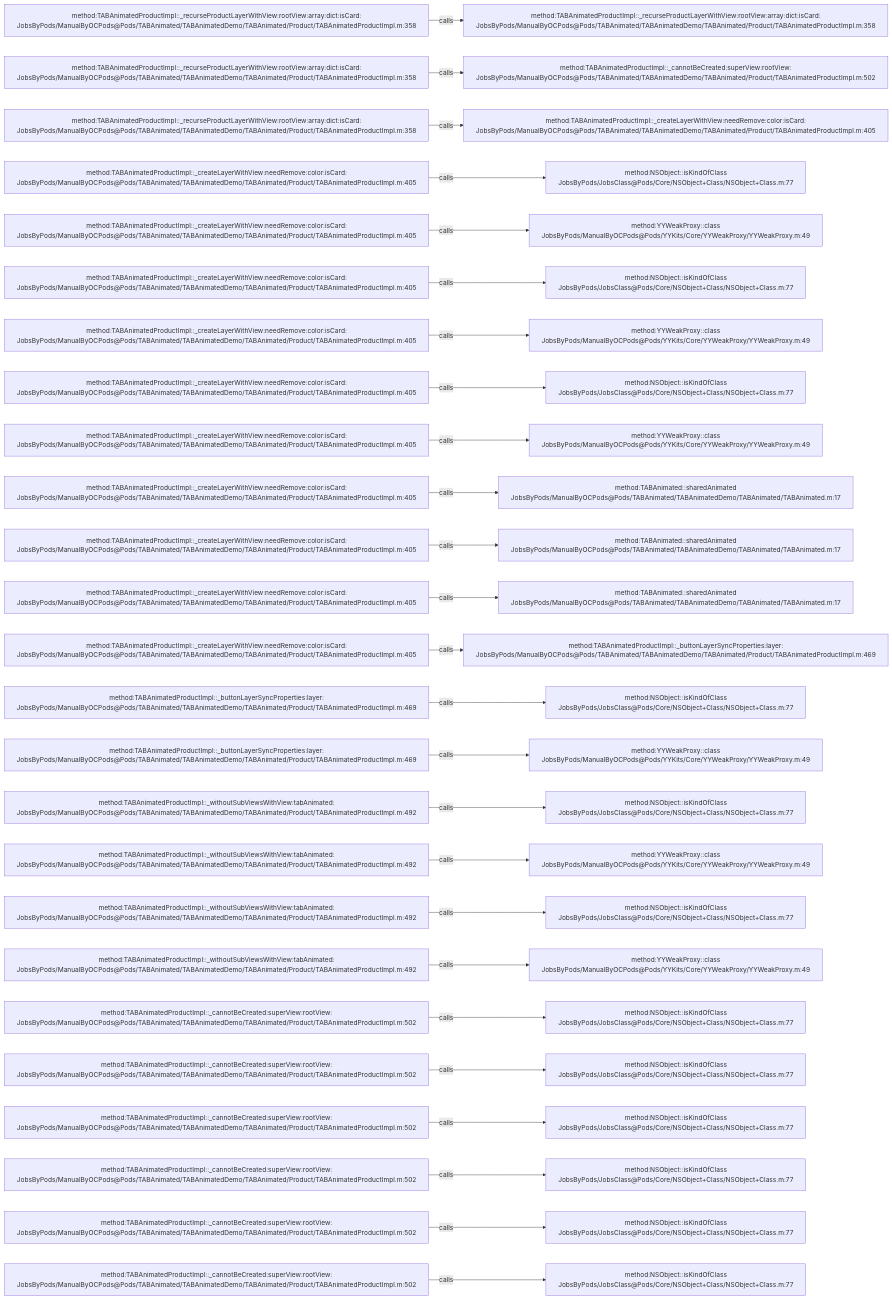
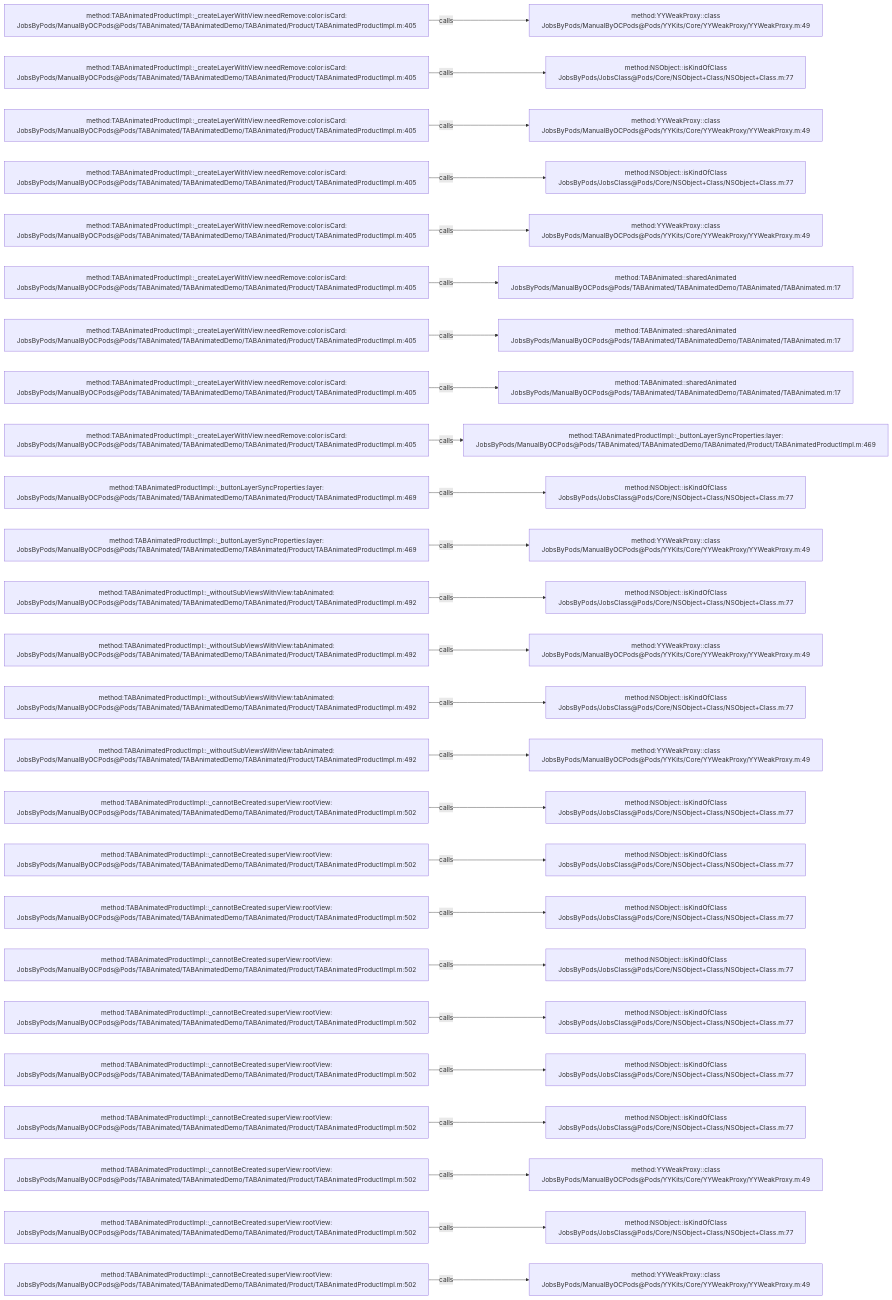
The diagram in .codegraph/codegraph.md/graphs/calls-034.md (JobsKits/JobsOCBaseConfigDemo), drawn with Mermaid before and after one commit. The commit also changed 727 other files, not shown here.

````diff
--- a/.codegraph/codegraph.md/graphs/calls-034.md
+++ b/.codegraph/codegraph.md/graphs/calls-034.md
@@ -13,78 +13,78 @@
 ```mermaid
 flowchart LR
-  S1["method:TABAnimatedProductImpl::_recurseProductLayerWithView:rootView:array:dict:isCard:<br/>JobsByPods/ManualByOCPods@Pods/TABAnimated/TABAnimatedDemo/TABAnimated/Product/TABAnimatedProductImpl.m:358"]
-  T1["method:TABAnimatedProductImpl::_recurseProductLayerWithView:rootView:array:dict:isCard:<br/>JobsByPods/ManualByOCPods@Pods/TABAnimated/TABAnimatedDemo/TABAnimated/Product/TABAnimatedProductImpl.m:358"]
+  S1["method:TABAnimatedProductImpl::_createLayerWithView:needRemove:color:isCard:<br/>JobsByPods/ManualByOCPods@Pods/TABAnimated/TABAnimatedDemo/TABAnimated/Product/TABAnimatedProductImpl.m:405"]
+  T1["method:YYWeakProxy::class<br/>JobsByPods/ManualByOCPods@Pods/YYKits/Core/YYWeakProxy/YYWeakProxy.m:49"]
   S1 -->|calls| T1
-  S2["method:TABAnimatedProductImpl::_recurseProductLayerWithView:rootView:array:dict:isCard:<br/>JobsByPods/ManualByOCPods@Pods/TABAnimated/TABAnimatedDemo/TABAnimated/Product/TABAnimatedProductImpl.m:358"]
-  T2["method:TABAnimatedProductImpl::_cannotBeCreated:superView:rootView:<br/>JobsByPods/ManualByOCPods@Pods/TABAnimated/TABAnimatedDemo/TABAnimated/Product/TABAnimatedProductImpl.m:502"]
+  S2["method:TABAnimatedProductImpl::_createLayerWithView:needRemove:color:isCard:<br/>JobsByPods/ManualByOCPods@Pods/TABAnimated/TABAnimatedDemo/TABAnimated/Product/TABAnimatedProductImpl.m:405"]
+  T2["method:NSObject::isKindOfClass<br/>JobsByPods/JobsClass@Pods/Core/NSObject+Class/NSObject+Class.m:77"]
   S2 -->|calls| T2
-  S3["method:TABAnimatedProductImpl::_recurseProductLayerWithView:rootView:array:dict:isCard:<br/>JobsByPods/ManualByOCPods@Pods/TABAnimated/TABAnimatedDemo/TABAnimated/Product/TABAnimatedProductImpl.m:358"]
-  T3["method:TABAnimatedProductImpl::_createLayerWithView:needRemove:color:isCard:<br/>JobsByPods/ManualByOCPods@Pods/TABAnimated/TABAnimatedDemo/TABAnimated/Product/TABAnimatedProductImpl.m:405"]
+  S3["method:TABAnimatedProductImpl::_createLayerWithView:needRemove:color:isCard:<br/>JobsByPods/ManualByOCPods@Pods/TABAnimated/TABAnimatedDemo/TABAnimated/Product/TABAnimatedProductImpl.m:405"]
+  T3["method:YYWeakProxy::class<br/>JobsByPods/ManualByOCPods@Pods/YYKits/Core/YYWeakProxy/YYWeakProxy.m:49"]
   S3 -->|calls| T3
   S4["method:TABAnimatedProductImpl::_createLayerWithView:needRemove:color:isCard:<br/>JobsByPods/ManualByOCPods@Pods/TABAnimated/TABAnimatedDemo/TABAnimated/Product/TABAnimatedProductImpl.m:405"]
   T4["method:NSObject::isKindOfClass<br/>JobsByPods/JobsClass@Pods/Core/NSObject+Class/NSObject+Class.m:77"]
   S4 -->|calls| T4
   S5["method:TABAnimatedProductImpl::_createLayerWithView:needRemove:color:isCard:<br/>JobsByPods/ManualByOCPods@Pods/TABAnimated/TABAnimatedDemo/TABAnimated/Product/TABAnimatedProductImpl.m:405"]
   T5["method:YYWeakProxy::class<br/>JobsByPods/ManualByOCPods@Pods/YYKits/Core/YYWeakProxy/YYWeakProxy.m:49"]
   S5 -->|calls| T5
   S6["method:TABAnimatedProductImpl::_createLayerWithView:needRemove:color:isCard:<br/>JobsByPods/ManualByOCPods@Pods/TABAnimated/TABAnimatedDemo/TABAnimated/Product/TABAnimatedProductImpl.m:405"]
-  T6["method:NSObject::isKindOfClass<br/>JobsByPods/JobsClass@Pods/Core/NSObject+Class/NSObject+Class.m:77"]
+  T6["method:TABAnimated::sharedAnimated<br/>JobsByPods/ManualByOCPods@Pods/TABAnimated/TABAnimatedDemo/TABAnimated/TABAnimated.m:17"]
   S6 -->|calls| T6
   S7["method:TABAnimatedProductImpl::_createLayerWithView:needRemove:color:isCard:<br/>JobsByPods/ManualByOCPods@Pods/TABAnimated/TABAnimatedDemo/TABAnimated/Product/TABAnimatedProductImpl.m:405"]
-  T7["method:YYWeakProxy::class<br/>JobsByPods/ManualByOCPods@Pods/YYKits/Core/YYWeakProxy/YYWeakProxy.m:49"]
+  T7["method:TABAnimated::sharedAnimated<br/>JobsByPods/ManualByOCPods@Pods/TABAnimated/TABAnimatedDemo/TABAnimated/TABAnimated.m:17"]
   S7 -->|calls| T7
   S8["method:TABAnimatedProductImpl::_createLayerWithView:needRemove:color:isCard:<br/>JobsByPods/ManualByOCPods@Pods/TABAnimated/TABAnimatedDemo/TABAnimated/Product/TABAnimatedProductImpl.m:405"]
-  T8["method:NSObject::isKindOfClass<br/>JobsByPods/JobsClass@Pods/Core/NSObject+Class/NSObject+Class.m:77"]
+  T8["method:TABAnimated::sharedAnimated<br/>JobsByPods/ManualByOCPods@Pods/TABAnimated/TABAnimatedDemo/TABAnimated/TABAnimated.m:17"]
   S8 -->|calls| T8
   S9["method:TABAnimatedProductImpl::_createLayerWithView:needRemove:color:isCard:<br/>JobsByPods/ManualByOCPods@Pods/TABAnimated/TABAnimatedDemo/TABAnimated/Product/TABAnimatedProductImpl.m:405"]
-  T9["method:YYWeakProxy::class<br/>JobsByPods/ManualByOCPods@Pods/YYKits/Core/YYWeakProxy/YYWeakProxy.m:49"]
+  T9["method:TABAnimatedProductImpl::_buttonLayerSyncProperties:layer:<br/>JobsByPods/ManualByOCPods@Pods/TABAnimated/TABAnimatedDemo/TABAnimated/Product/TABAnimatedProductImpl.m:469"]
   S9 -->|calls| T9
-  S10["method:TABAnimatedProductImpl::_createLayerWithView:needRemove:color:isCard:<br/>JobsByPods/ManualByOCPods@Pods/TABAnimated/TABAnimatedDemo/TABAnimated/Product/TABAnimatedProductImpl.m:405"]
-  T10["method:TABAnimated::sharedAnimated<br/>JobsByPods/ManualByOCPods@Pods/TABAnimated/TABAnimatedDemo/TABAnimated/TABAnimated.m:17"]
+  S10["method:TABAnimatedProductImpl::_buttonLayerSyncProperties:layer:<br/>JobsByPods/ManualByOCPods@Pods/TABAnimated/TABAnimatedDemo/TABAnimated/Product/TABAnimatedProductImpl.m:469"]
+  T10["method:NSObject::isKindOfClass<br/>JobsByPods/JobsClass@Pods/Core/NSObject+Class/NSObject+Class.m:77"]
   S10 -->|calls| T10
-  S11["method:TABAnimatedProductImpl::_createLayerWithView:needRemove:color:isCard:<br/>JobsByPods/ManualByOCPods@Pods/TABAnimated/TABAnimatedDemo/TABAnimated/Product/TABAnimatedProductImpl.m:405"]
-  T11["method:TABAnimated::sharedAnimated<br/>JobsByPods/ManualByOCPods@Pods/TABAnimated/TABAnimatedDemo/TABAnimated/TABAnimated.m:17"]
+  S11["method:TABAnimatedProductImpl::_buttonLayerSyncProperties:layer:<br/>JobsByPods/ManualByOCPods@Pods/TABAnimated/TABAnimatedDemo/TABAnimated/Product/TABAnimatedProductImpl.m:469"]
+  T11["method:YYWeakProxy::class<br/>JobsByPods/ManualByOCPods@Pods/YYKits/Core/YYWeakProxy/YYWeakProxy.m:49"]
   S11 -->|calls| T11
-  S12["method:TABAnimatedProductImpl::_createLayerWithView:needRemove:color:isCard:<br/>JobsByPods/ManualByOCPods@Pods/TABAnimated/TABAnimatedDemo/TABAnimated/Product/TABAnimatedProductImpl.m:405"]
-  T12["method:TABAnimated::sharedAnimated<br/>JobsByPods/ManualByOCPods@Pods/TABAnimated/TABAnimatedDemo/TABAnimated/TABAnimated.m:17"]
+  S12["method:TABAnimatedProductImpl::_withoutSubViewsWithView:tabAnimated:<br/>JobsByPods/ManualByOCPods@Pods/TABAnimated/TABAnimatedDemo/TABAnimated/Product/TABAnimatedProductImpl.m:492"]
+  T12["method:NSObject::isKindOfClass<br/>JobsByPods/JobsClass@Pods/Core/NSObject+Class/NSObject+Class.m:77"]
   S12 -->|calls| T12
-  S13["method:TABAnimatedProductImpl::_createLayerWithView:needRemove:color:isCard:<br/>JobsByPods/ManualByOCPods@Pods/TABAnimated/TABAnimatedDemo/TABAnimated/Product/TABAnimatedProductImpl.m:405"]
-  T13["method:TABAnimatedProductImpl::_buttonLayerSyncProperties:layer:<br/>JobsByPods/ManualByOCPods@Pods/TABAnimated/TABAnimatedDemo/TABAnimated/Product/TABAnimatedProductImpl.m:469"]
+  S13["method:TABAnimatedProductImpl::_withoutSubViewsWithView:tabAnimated:<br/>JobsByPods/ManualByOCPods@Pods/TABAnimated/TABAnimatedDemo/TABAnimated/Product/TABAnimatedProductImpl.m:492"]
+  T13["method:YYWeakProxy::class<br/>JobsByPods/ManualByOCPods@Pods/YYKits/Core/YYWeakProxy/YYWeakProxy.m:49"]
   S13 -->|calls| T13
-  S14["method:TABAnimatedProductImpl::_buttonLayerSyncProperties:layer:<br/>JobsByPods/ManualByOCPods@Pods/TABAnimated/TABAnimatedDemo/TABAnimated/Product/TABAnimatedProductImpl.m:469"]
+  S14["method:TABAnimatedProductImpl::_withoutSubViewsWithView:tabAnimated:<br/>JobsByPods/ManualByOCPods@Pods/TABAnimated/TABAnimatedDemo/TABAnimated/Product/TABAnimatedProductImpl.m:492"]
   T14["method:NSObject::isKindOfClass<br/>JobsByPods/JobsClass@Pods/Core/NSObject+Class/NSObject+Class.m:77"]
   S14 -->|calls| T14
-  S15["method:TABAnimatedProductImpl::_buttonLayerSyncProperties:layer:<br/>JobsByPods/ManualByOCPods@Pods/TABAnimated/TABAnimatedDemo/TABAnimated/Product/TABAnimatedProductImpl.m:469"]
+  S15["method:TABAnimatedProductImpl::_withoutSubViewsWithView:tabAnimated:<br/>JobsByPods/ManualByOCPods@Pods/TABAnimated/TABAnimatedDemo/TABAnimated/Product/TABAnimatedProductImpl.m:492"]
   T15["method:YYWeakProxy::class<br/>JobsByPods/ManualByOCPods@Pods/YYKits/Core/YYWeakProxy/YYWeakProxy.m:49"]
   S15 -->|calls| T15
-  S16["method:TABAnimatedProductImpl::_withoutSubViewsWithView:tabAnimated:<br/>JobsByPods/ManualByOCPods@Pods/TABAnimated/TABAnimatedDemo/TABAnimated/Product/TABAnimatedProductImpl.m:492"]
+  S16["method:TABAnimatedProductImpl::_cannotBeCreated:superView:rootView:<br/>JobsByPods/ManualByOCPods@Pods/TABAnimated/TABAnimatedDemo/TABAnimated/Product/TABAnimatedProductImpl.m:502"]
   T16["method:NSObject::isKindOfClass<br/>JobsByPods/JobsClass@Pods/Core/NSObject+Class/NSObject+Class.m:77"]
   S16 -->|calls| T16
-  S17["method:TABAnimatedProductImpl::_withoutSubViewsWithView:tabAnimated:<br/>JobsByPods/ManualByOCPods@Pods/TABAnimated/TABAnimatedDemo/TABAnimated/Product/TABAnimatedProductImpl.m:492"]
-  T17["method:YYWeakProxy::class<br/>JobsByPods/ManualByOCPods@Pods/YYKits/Core/YYWeakProxy/YYWeakProxy.m:49"]
+  S17["method:TABAnimatedProductImpl::_cannotBeCreated:superView:rootView:<br/>JobsByPods/ManualByOCPods@Pods/TABAnimated/TABAnimatedDemo/TABAnimated/Product/TABAnimatedProductImpl.m:502"]
+  T17["method:NSObject::isKindOfClass<br/>JobsByPods/JobsClass@Pods/Core/NSObject+Class/NSObject+Class.m:77"]
   S17 -->|calls| T17
-  S18["method:TABAnimatedProductImpl::_withoutSubViewsWithView:tabAnimated:<br/>JobsByPods/ManualByOCPods@Pods/TABAnimated/TABAnimatedDemo/TABAnimated/Product/TABAnimatedProductImpl.m:492"]
+  S18["method:TABAnimatedProductImpl::_cannotBeCreated:superView:rootView:<br/>JobsByPods/ManualByOCPods@Pods/TABAnimated/TABAnimatedDemo/TABAnimated/Product/TABAnimatedProductImpl.m:502"]
   T18["method:NSObject::isKindOfClass<br/>JobsByPods/JobsClass@Pods/Core/NSObject+Class/NSObject+Class.m:77"]
   S18 -->|calls| T18
-  S19["method:TABAnimatedProductImpl::_withoutSubViewsWithView:tabAnimated:<br/>JobsByPods/ManualByOCPods@Pods/TABAnimated/TABAnimatedDemo/TABAnimated/Product/TABAnimatedProductImpl.m:492"]
-  T19["method:YYWeakProxy::class<br/>JobsByPods/ManualByOCPods@Pods/YYKits/Core/YYWeakProxy/YYWeakProxy.m:49"]
+  S19["method:TABAnimatedProductImpl::_cannotBeCreated:superView:rootView:<br/>JobsByPods/ManualByOCPods@Pods/TABAnimated/TABAnimatedDemo/TABAnimated/Product/TABAnimatedProductImpl.m:502"]
+  T19["method:NSObject::isKindOfClass<br/>JobsByPods/JobsClass@Pods/Core/NSObject+Class/NSObject+Class.m:77"]
   S19 -->|calls| T19
   S20["method:TABAnimatedProductImpl::_cannotBeCreated:superView:rootView:<br/>JobsByPods/ManualByOCPods@Pods/TABAnimated/TABAnimatedDemo/TABAnimated/Product/TABAnimatedProductImpl.m:502"]
   T20["method:NSObject::isKindOfClass<br/>JobsByPods/JobsClass@Pods/Core/NSObject+Class/NSObject+Class.m:77"]
   S20 -->|calls| T20
   S21["method:TABAnimatedProductImpl::_cannotBeCreated:superView:rootView:<br/>JobsByPods/ManualByOCPods@Pods/TABAnimated/TABAnimatedDemo/TABAnimated/Product/TABAnimatedProductImpl.m:502"]
   T21["method:NSObject::isKindOfClass<br/>JobsByPods/JobsClass@Pods/Core/NSObject+Class/NSObject+Class.m:77"]
   S21 -->|calls| T21
   S22["method:TABAnimatedProductImpl::_cannotBeCreated:superView:rootView:<br/>JobsByPods/ManualByOCPods@Pods/TABAnimated/TABAnimatedDemo/TABAnimated/Product/TABAnimatedProductImpl.m:502"]
   T22["method:NSObject::isKindOfClass<br/>JobsByPods/JobsClass@Pods/Core/NSObject+Class/NSObject+Class.m:77"]
   S22 -->|calls| T22
   S23["method:TABAnimatedProductImpl::_cannotBeCreated:superView:rootView:<br/>JobsByPods/ManualByOCPods@Pods/TABAnimated/TABAnimatedDemo/TABAnimated/Product/TABAnimatedProductImpl.m:502"]
-  T23["method:NSObject::isKindOfClass<br/>JobsByPods/JobsClass@Pods/Core/NSObject+Class/NSObject+Class.m:77"]
+  T23["method:YYWeakProxy::class<br/>JobsByPods/ManualByOCPods@Pods/YYKits/Core/YYWeakProxy/YYWeakProxy.m:49"]
   S23 -->|calls| T23
   S24["method:TABAnimatedProductImpl::_cannotBeCreated:superView:rootView:<br/>JobsByPods/ManualByOCPods@Pods/TABAnimated/TABAnimatedDemo/TABAnimated/Product/TABAnimatedProductImpl.m:502"]
   T24["method:NSObject::isKindOfClass<br/>JobsByPods/JobsClass@Pods/Core/NSObject+Class/NSObject+Class.m:77"]
   S24 -->|calls| T24
   S25["method:TABAnimatedProductImpl::_cannotBeCreated:superView:rootView:<br/>JobsByPods/ManualByOCPods@Pods/TABAnimated/TABAnimatedDemo/TABAnimated/Product/TABAnimatedProductImpl.m:502"]
-  T25["method:NSObject::isKindOfClass<br/>JobsByPods/JobsClass@Pods/Core/NSObject+Class/NSObject+Class.m:77"]
+  T25["method:YYWeakProxy::class<br/>JobsByPods/ManualByOCPods@Pods/YYKits/Core/YYWeakProxy/YYWeakProxy.m:49"]
   S25 -->|calls| T25
 ```
````
